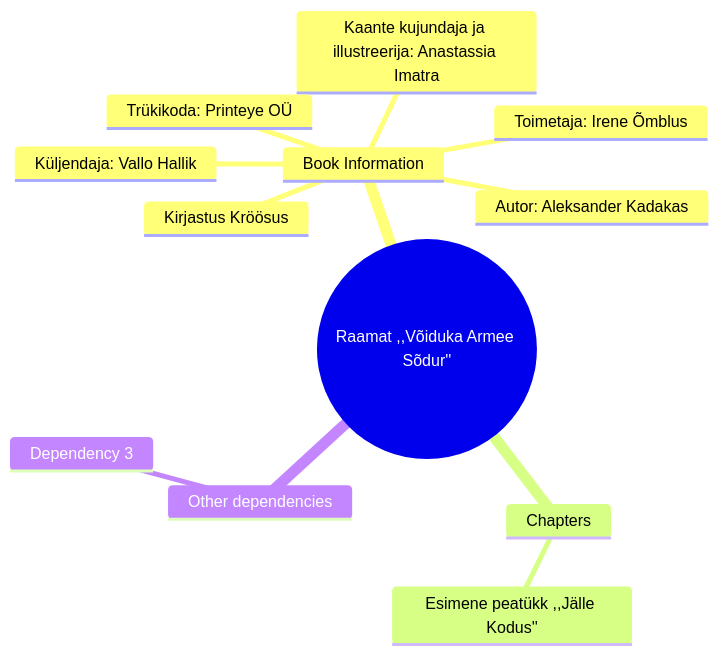
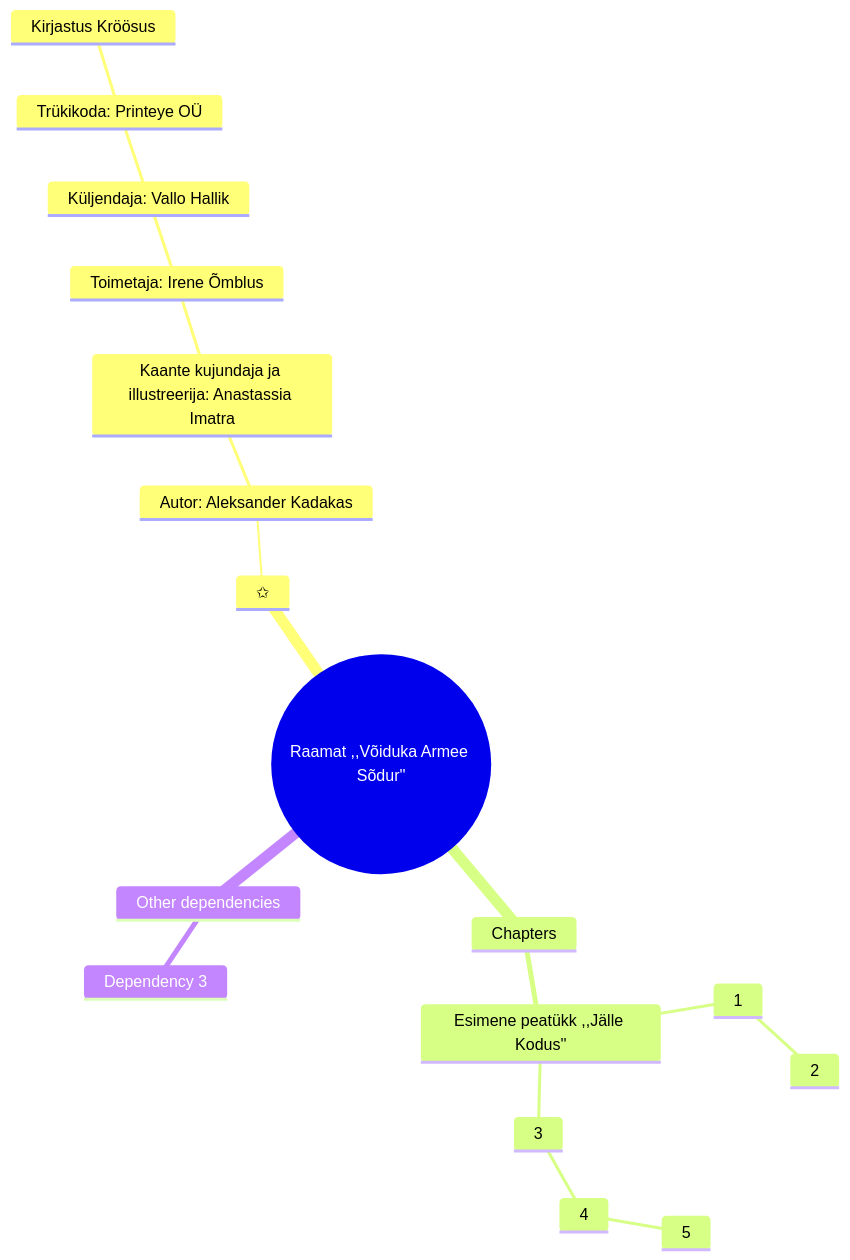
One commit to 4avik/Voiduka-Armee-Sodur changed the first of 2 diagrams in README.md. Above: the diagram before and after it, drawn with Mermaid.

````diff
--- a/README.md
+++ b/README.md
@@ -5,19 +5,24 @@
 ```mermaid
 
 mindmap
   root((Raamat ,,Võiduka Armee Sõdur''))
-    Book Information
+     ✩
       Autor: Aleksander Kadakas
-      Kaante kujundaja ja illustreerija: Anastassia Imatra
-      Toimetaja: Irene Õmblus
-      Küljendaja: Vallo Hallik
-      Trükikoda: Printeye OÜ
-      Kirjastus Kröösus
+        Kaante kujundaja ja illustreerija: Anastassia Imatra
+          Toimetaja: Irene Õmblus
+            Küljendaja: Vallo Hallik
+              Trükikoda: Printeye OÜ
+                Kirjastus Kröösus
     Chapters
       Esimene peatükk ,,Jälle Kodus''
+        1 
+          2
+        3
+          4
+            5
     Other dependencies
       Dependency 3
 
 
 
 ```
````
